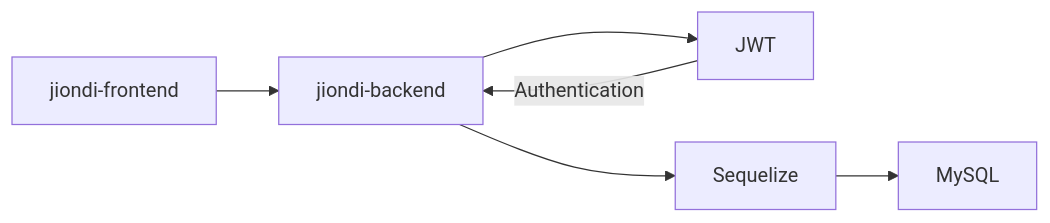
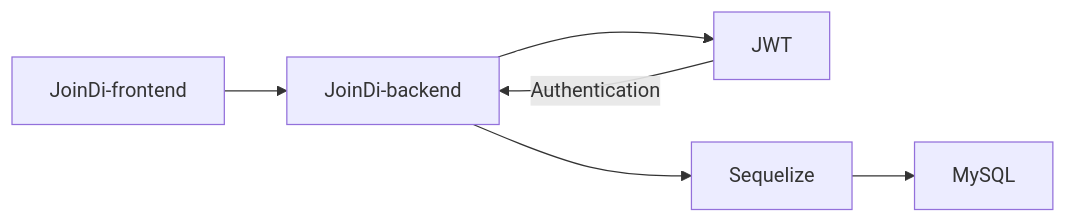
The diagram in README.md (9Slagger/joindi), drawn with Mermaid before and after one commit. The commit also changed other lines of this file, not shown here.

````diff
--- a/README.md
+++ b/README.md
@@ -22,8 +22,8 @@
 ```mermaid
 graph LR;
-  jiondi-frontend --> jiondi-backend;
-  jiondi-backend -->JWT
-  JWT -->|Authentication| jiondi-backend;
-  jiondi-backend --> Sequelize;
+  JoinDi-frontend --> JoinDi-backend;
+  JoinDi-backend -->JWT
+  JWT -->|Authentication| JoinDi-backend;
+  JoinDi-backend --> Sequelize;
   Sequelize --> MySQL;
 ```
````
